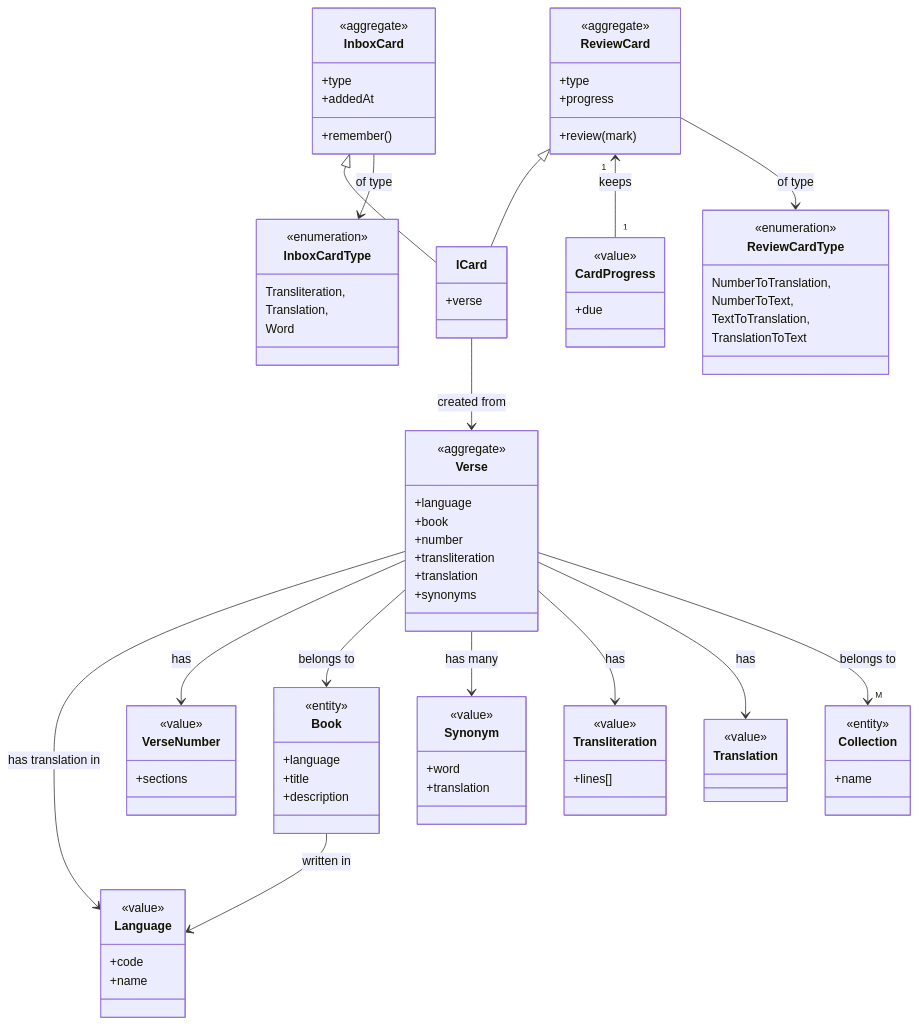
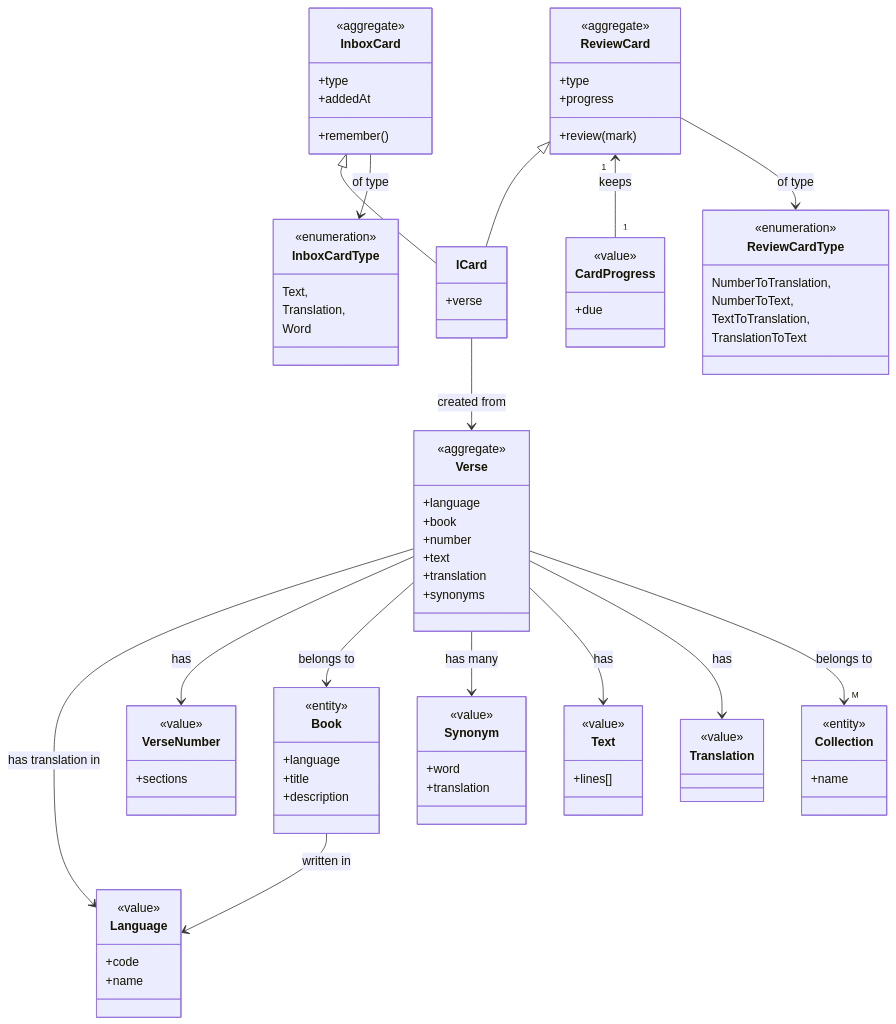
The diagram in docs/models.md (akdasa-studios/shlokas-core), drawn with Mermaid before and after one commit. The commit also changed 36 other files, not shown here.

```diff
--- a/docs/models.md
+++ b/docs/models.md
@@ -37,12 +37,12 @@
     +language
     +book
     +number
-    +transliteration
+    +text
     +translation
     +synonyms
 }
 
-class Transliteration {
+class Text {
     <<value>>
     +lines[]
 }
@@ -53,7 +53,7 @@
 
 class InboxCardType {
     <<enumeration>>
-    Transliteration,
+    Text,
     Translation,
     Word
 }
@@ -95,7 +95,7 @@
 Verse --> VerseNumber : has
 Verse --> Book : belongs to
 Verse --> Synonym : has many
-Verse --> Transliteration : has
+Verse --> Text : has
 Verse --> Translation : has
 Verse --> "M" Collection : belongs to
 
```
